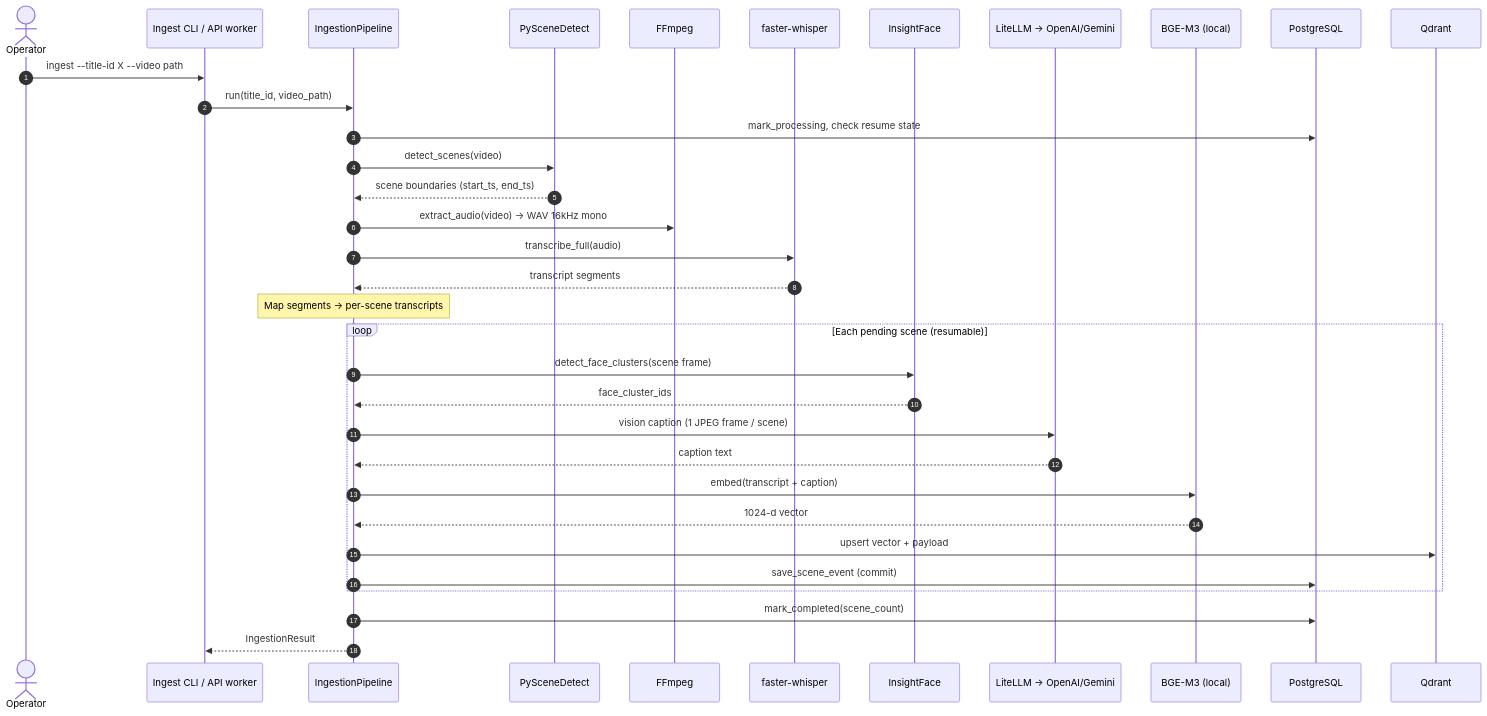
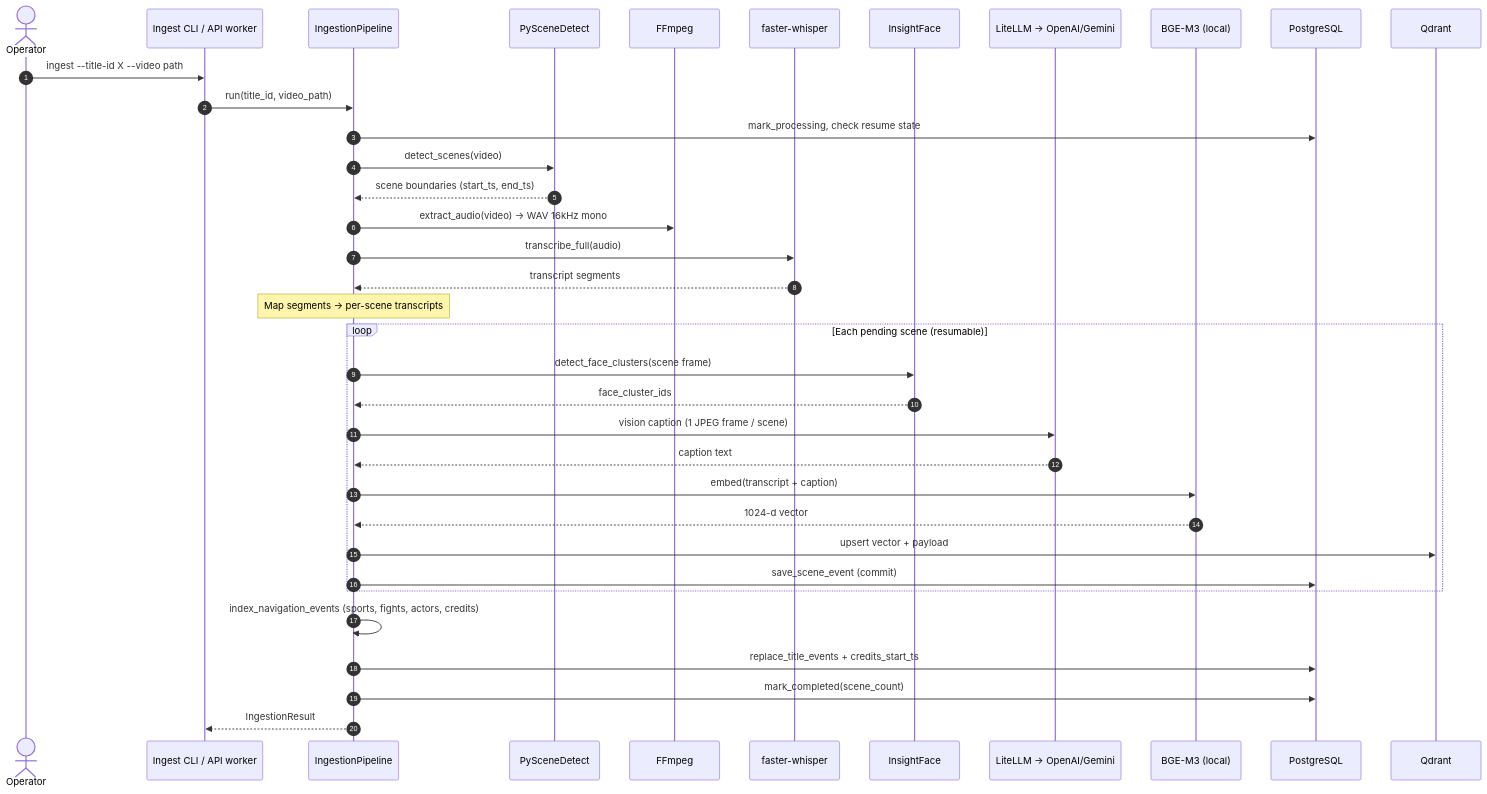
The second of 6 diagrams in docs/E2E_ARCHITECTURE.md (BintaCoder/ai-cowatcher), drawn with Mermaid before and after one commit. The commit also changed other lines of this file and 48 other files, not shown here.

````diff
--- a/docs/E2E_ARCHITECTURE.md
+++ b/docs/E2E_ARCHITECTURE.md
@@ -88,40 +95,43 @@
 ```mermaid
 sequenceDiagram
     autonumber
     actor Operator
     participant CLI as Ingest CLI / API worker
     participant Pipe as IngestionPipeline
     participant SD as PySceneDetect
     participant FF as FFmpeg
     participant WH as faster-whisper
     participant IF as InsightFace
     participant LLM as LiteLLM → OpenAI/Gemini
     participant BGE as BGE-M3 (local)
     participant PG as PostgreSQL
     participant QD as Qdrant
 
     Operator->>CLI: ingest --title-id X --video path
     CLI->>Pipe: run(title_id, video_path)
     Pipe->>PG: mark_processing, check resume state
     Pipe->>SD: detect_scenes(video)
     SD-->>Pipe: scene boundaries (start_ts, end_ts)
 
     Pipe->>FF: extract_audio(video) → WAV 16kHz mono
     Pipe->>WH: transcribe_full(audio)
     WH-->>Pipe: transcript segments
     Note over Pipe: Map segments → per-scene transcripts
 
     loop Each pending scene (resumable)
         Pipe->>IF: detect_face_clusters(scene frame)
         IF-->>Pipe: face_cluster_ids
         Pipe->>LLM: vision caption (1 JPEG frame / scene)
         LLM-->>Pipe: caption text
         Pipe->>BGE: embed(transcript + caption)
         BGE-->>Pipe: 1024-d vector
         Pipe->>QD: upsert vector + payload
         Pipe->>PG: save_scene_event (commit)
     end
 
+    Pipe->>Pipe: index_navigation_events (sports, fights, actors, credits)
+    Pipe->>PG: replace_title_events + credits_start_ts
+
     Pipe->>PG: mark_completed(scene_count)
     Pipe-->>CLI: IngestionResult
 ```
````
